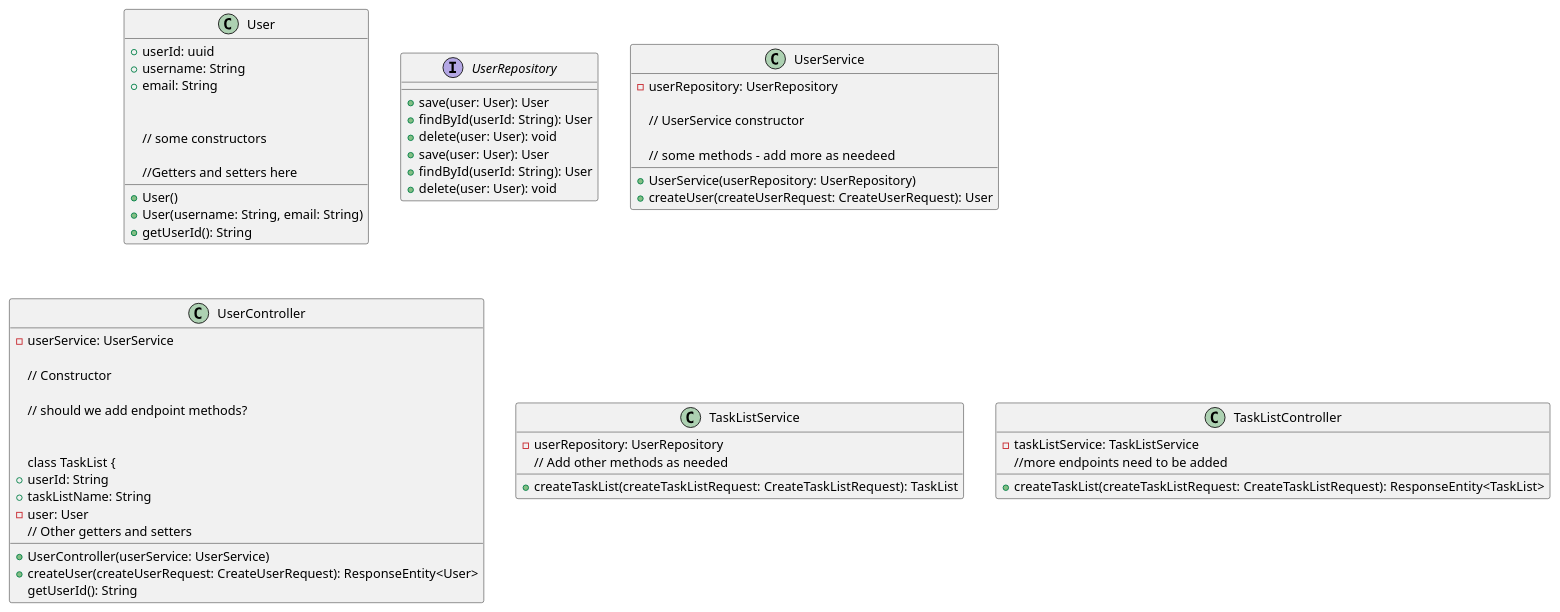
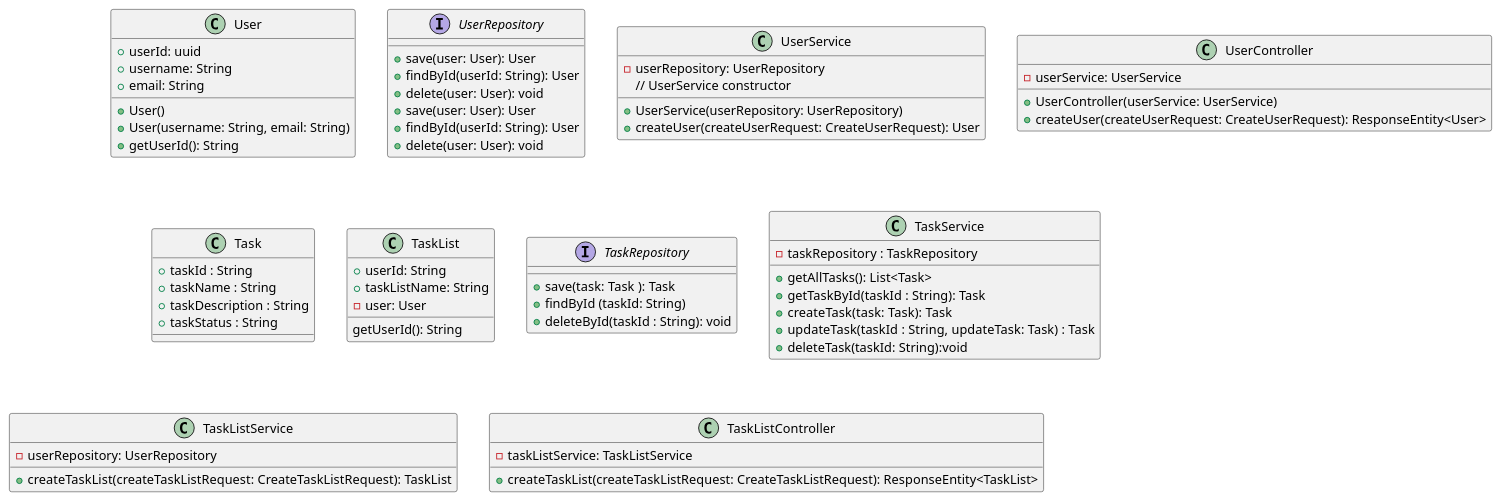
One commit to adam-knight1/streamline changed the diagram in Streamline.puml. Above: the diagram before and after it, drawn with PlantUML. The commit also changed 7 other files, not shown here.

Commit message:
created Task class, Task repository

```diff
--- a/Streamline.puml
+++ b/Streamline.puml
@@ -1,69 +1,75 @@
 @startuml
 
 class User {
 +userId: uuid
 +username: String
 +email: String
-
-
- // some constructors
 +User()
 +User(username: String, email: String)
++getUserId(): String
+}
 
-//Getters and setters here
-+getUserId(): String
-
-}
 interface UserRepository {
 +save(user: User): User
 +findById(userId: String): User
 +delete(user: User): void
 }
 class UserService {
 -userRepository: UserRepository
-
 // UserService constructor
 +UserService(userRepository: UserRepository)
-
-// some methods -  add more as needeed
 +createUser(createUserRequest: CreateUserRequest): User
-
 }
 
 class UserController {
 -userService: UserService
++UserController(userService: UserService)
++createUser(createUserRequest: CreateUserRequest): ResponseEntity<User>
+}
 
-// Constructor
-+UserController(userService: UserService)
-
-// should we add endpoint methods?
-+createUser(createUserRequest: CreateUserRequest): ResponseEntity<User>
-
+class Task {
++taskId : String
++taskName : String
++taskDescription : String
++taskStatus : String
+}
 
 class TaskList {
 +userId: String
 +taskListName: String
 -user: User
 getUserId(): String
-  // Other getters and setters
 }
 
 interface UserRepository {
 +save(user: User): User
- +findById(userId: String): User
++findById(userId: String): User
 +delete(user: User): void
 }
 
+interface TaskRepository {
++save(task: Task ): Task
++findById (taskId: String)
++deleteById(taskId : String): void
+}
+
+class TaskService {
+-taskRepository : TaskRepository
++getAllTasks(): List<Task>
++getTaskById(taskId : String): Task
++createTask(task: Task): Task
++updateTask(taskId : String, updateTask: Task) : Task
++deleteTask(taskId: String):void
+}
+
 class TaskListService {
-  -userRepository: UserRepository
-  +createTaskList(createTaskListRequest: CreateTaskListRequest): TaskList
-  // Add other methods as needed
+ -userRepository: UserRepository
+ +createTaskList(createTaskListRequest: CreateTaskListRequest): TaskList
 }
 
 class TaskListController {
 -taskListService: TaskListService
 +createTaskList(createTaskListRequest: CreateTaskListRequest): ResponseEntity<TaskList>
-  //more endpoints need to be added
-}
+
 }
 @enduml
```
